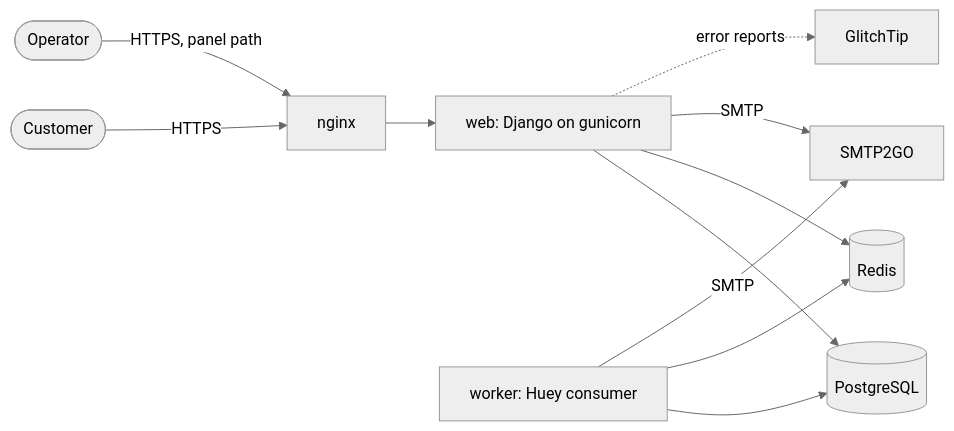
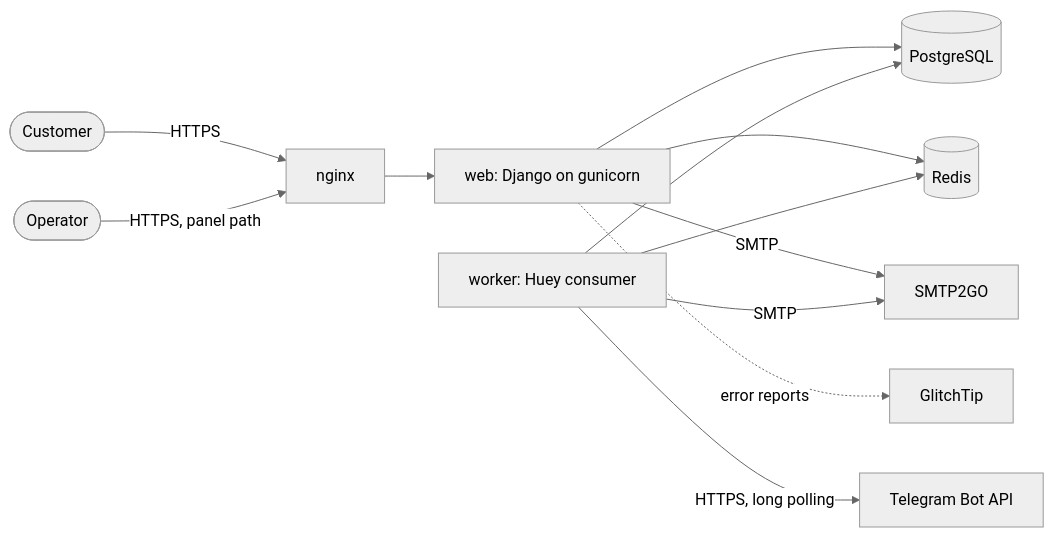
The diagram in docs/architecture.md (Sina-Amare/premshop), drawn with Mermaid (neutral theme) before and after one commit. The commit also changed other lines of this file and 5 other files, not shown here.

````diff
--- a/docs/architecture.md
+++ b/docs/architecture.md
@@ -20,13 +20,14 @@
 ```mermaid
 flowchart LR
   customer([Customer]) -->|HTTPS| nginx
   operator([Operator]) -->|HTTPS, panel path| nginx
   nginx --> web["web: Django on gunicorn"]
   web --> pg[(PostgreSQL)]
   web --> redis[(Redis)]
   worker["worker: Huey consumer"] --> pg
   worker --> redis
   web -->|SMTP| relay[SMTP2GO]
   worker -->|SMTP| relay
+  worker -->|HTTPS, long polling| telegram[Telegram Bot API]
   web -.->|error reports| glitchtip[GlitchTip]
 ```
````
